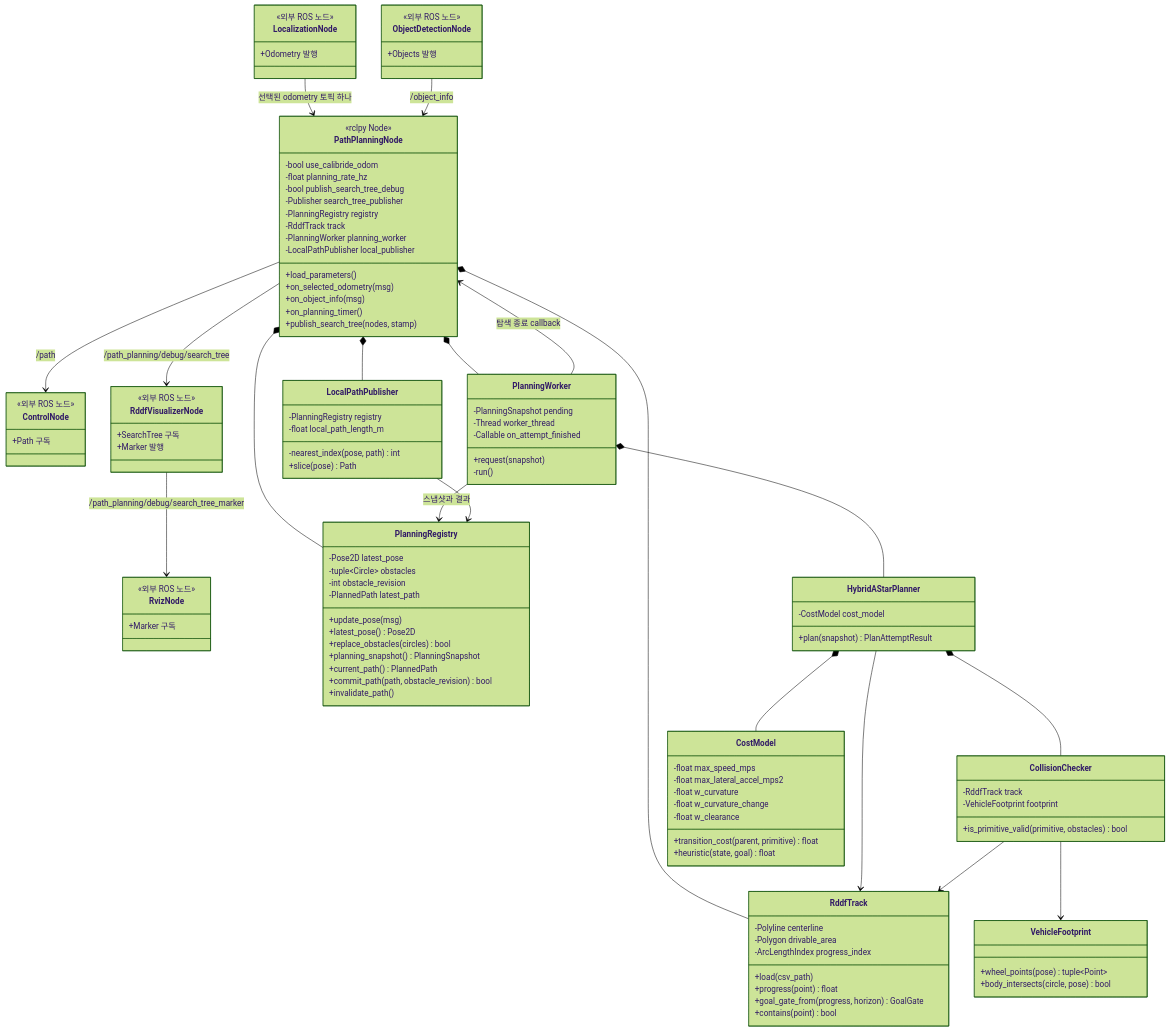
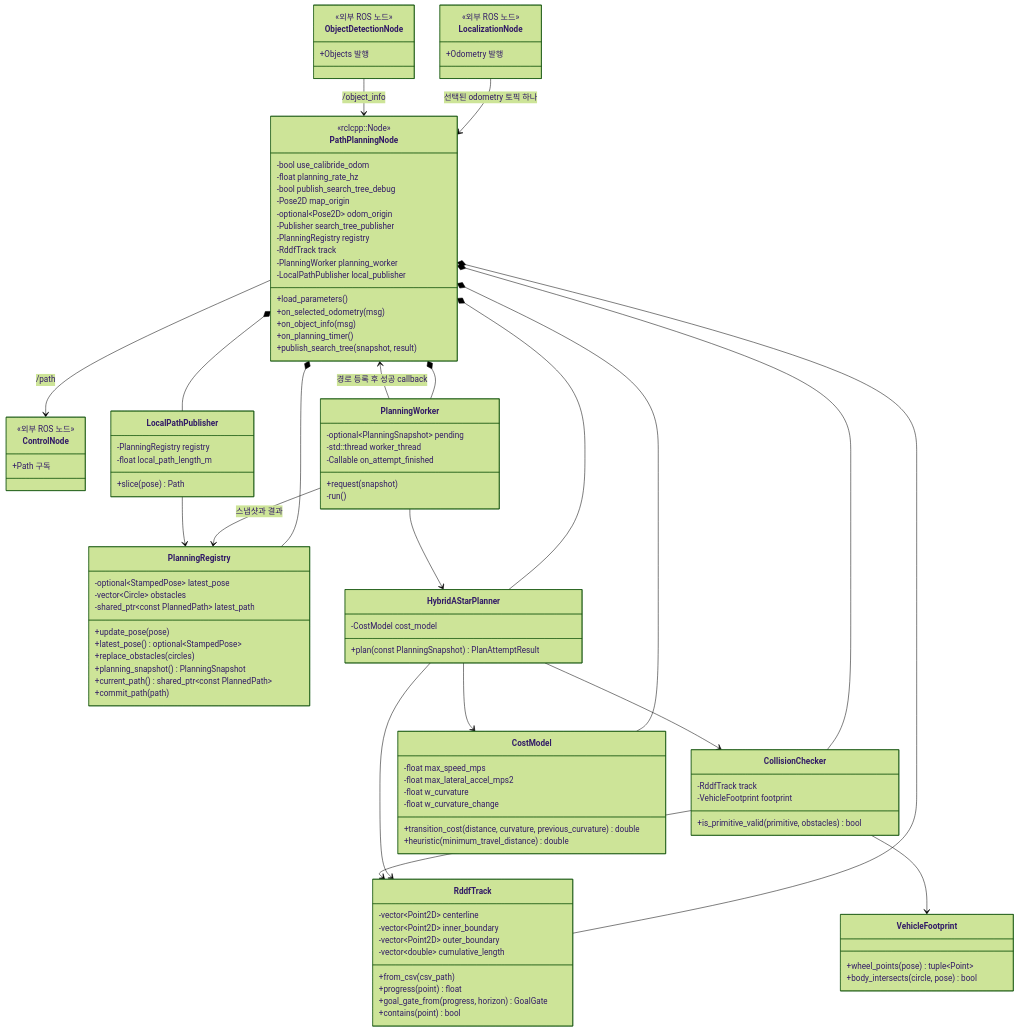
Before and after one commit to Team-Stier/AMET2026_coex_stier: the first of 3 diagrams in src/path_planning/README.md, drawn with Mermaid (forest theme). The commit also changed other lines of this file and 83 other files, not shown here.

Commit message:
Add RDDF visualizer and document vehicle and topic details

```diff
--- a/src/path_planning/README.md
+++ b/src/path_planning/README.md
@@ -171,20 +181,13 @@
         <<외부 ROS 노드>>
         +Path 구독
     }
-    class RvizNode {
-        <<외부 ROS 노드>>
-        +Marker 구독
-    }
-    class RddfVisualizerNode {
-        <<외부 ROS 노드>>
-        +SearchTree 구독
-        +Marker 발행
-    }
     class PathPlanningNode {
-        <<rclpy Node>>
+        <<rclcpp::Node>>
         -bool use_calibride_odom
         -float planning_rate_hz
         -bool publish_search_tree_debug
+        -Pose2D map_origin
+        -optional~Pose2D~ odom_origin
         -Publisher search_tree_publisher
         -PlanningRegistry registry
         -RddfTrack track
@@ -194,40 +197,39 @@
         +on_selected_odometry(msg)
         +on_object_info(msg)
         +on_planning_timer()
-        +publish_search_tree(nodes, stamp)
+        +publish_search_tree(snapshot, result)
     }
     class PlanningRegistry {
-        -Pose2D latest_pose
-        -tuple~Circle~ obstacles
-        -int obstacle_revision
-        -PlannedPath latest_path
-        +update_pose(msg)
-        +latest_pose() Pose2D
-        +replace_obstacles(circles) bool
+        -optional~StampedPose~ latest_pose
+        -vector~Circle~ obstacles
+        -shared_ptr~const PlannedPath~ latest_path
+        +update_pose(pose)
+        +latest_pose() optional~StampedPose~
+        +replace_obstacles(circles)
         +planning_snapshot() PlanningSnapshot
-        +current_path() PlannedPath
-        +commit_path(path, obstacle_revision) bool
-        +invalidate_path()
+        +current_path() shared_ptr~const PlannedPath~
+        +commit_path(path)
     }
     class RddfTrack {
-        -Polyline centerline
-        -Polygon drivable_area
-        -ArcLengthIndex progress_index
-        +load(csv_path)
+        -vector~Point2D~ centerline
+        -vector~Point2D~ inner_boundary
+        -vector~Point2D~ outer_boundary
+        -vector~double~ cumulative_length
+        +from_csv(csv_path)
         +progress(point) float
         +goal_gate_from(progress, horizon) GoalGate
         +contains(point) bool
     }
     class PlanningWorker {
-        -PlanningSnapshot pending
-        -Thread worker_thread
+        -optional~PlanningSnapshot~ pending
+        -std::thread worker_thread
         -Callable on_attempt_finished
         +request(snapshot)
         -run()
     }
     class HybridAStarPlanner {
         -CostModel cost_model
-        +plan(snapshot) PlanAttemptResult
+        +plan(const PlanningSnapshot) PlanAttemptResult
     }
     class CollisionChecker {
         -RddfTrack track
@@ -243,32 +245,31 @@
         -float max_lateral_accel_mps2
         -float w_curvature
         -float w_curvature_change
-        -float w_clearance
-        +transition_cost(parent, primitive) float
-        +heuristic(state, goal) float
+        +transition_cost(distance, curvature, previous_curvature) double
+        +heuristic(minimum_travel_distance) double
     }
     class LocalPathPublisher {
         -PlanningRegistry registry
         -float local_path_length_m
-        -nearest_index(pose, path) int
         +slice(pose) Path
     }
 
     LocalizationNode --> PathPlanningNode : 선택된 odometry 토픽 하나
     ObjectDetectionNode --> PathPlanningNode : /object_info
     PathPlanningNode --> ControlNode : /path
-    PathPlanningNode --> RddfVisualizerNode : /path_planning/debug/search_tree
-    RddfVisualizerNode --> RvizNode : /path_planning/debug/search_tree_marker
     PathPlanningNode *-- PlanningRegistry
     PathPlanningNode *-- RddfTrack
     PathPlanningNode *-- PlanningWorker
     PathPlanningNode *-- LocalPathPublisher
-    PlanningWorker *-- HybridAStarPlanner
+    PathPlanningNode *-- HybridAStarPlanner
+    PathPlanningNode *-- CollisionChecker
+    PathPlanningNode *-- CostModel
+    PlanningWorker --> HybridAStarPlanner
     PlanningWorker --> PlanningRegistry : 스냅샷과 결과
-    PlanningWorker --> PathPlanningNode : 탐색 종료 callback
+    PlanningWorker --> PathPlanningNode : 경로 등록 후 성공 callback
     HybridAStarPlanner --> RddfTrack
-    HybridAStarPlanner *-- CollisionChecker
-    HybridAStarPlanner *-- CostModel
+    HybridAStarPlanner --> CollisionChecker
+    HybridAStarPlanner --> CostModel
     CollisionChecker --> VehicleFootprint
     CollisionChecker --> RddfTrack
     LocalPathPublisher --> PlanningRegistry
```
